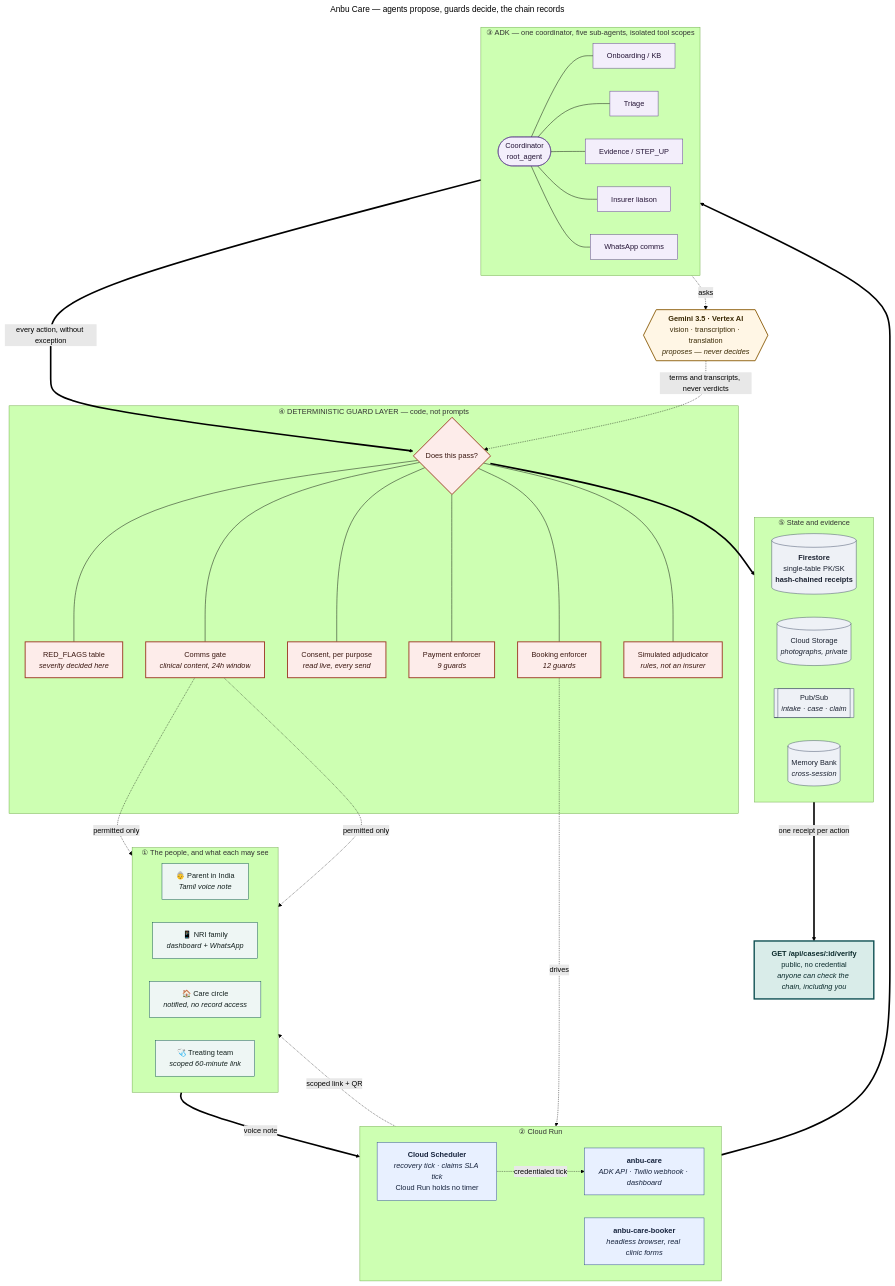
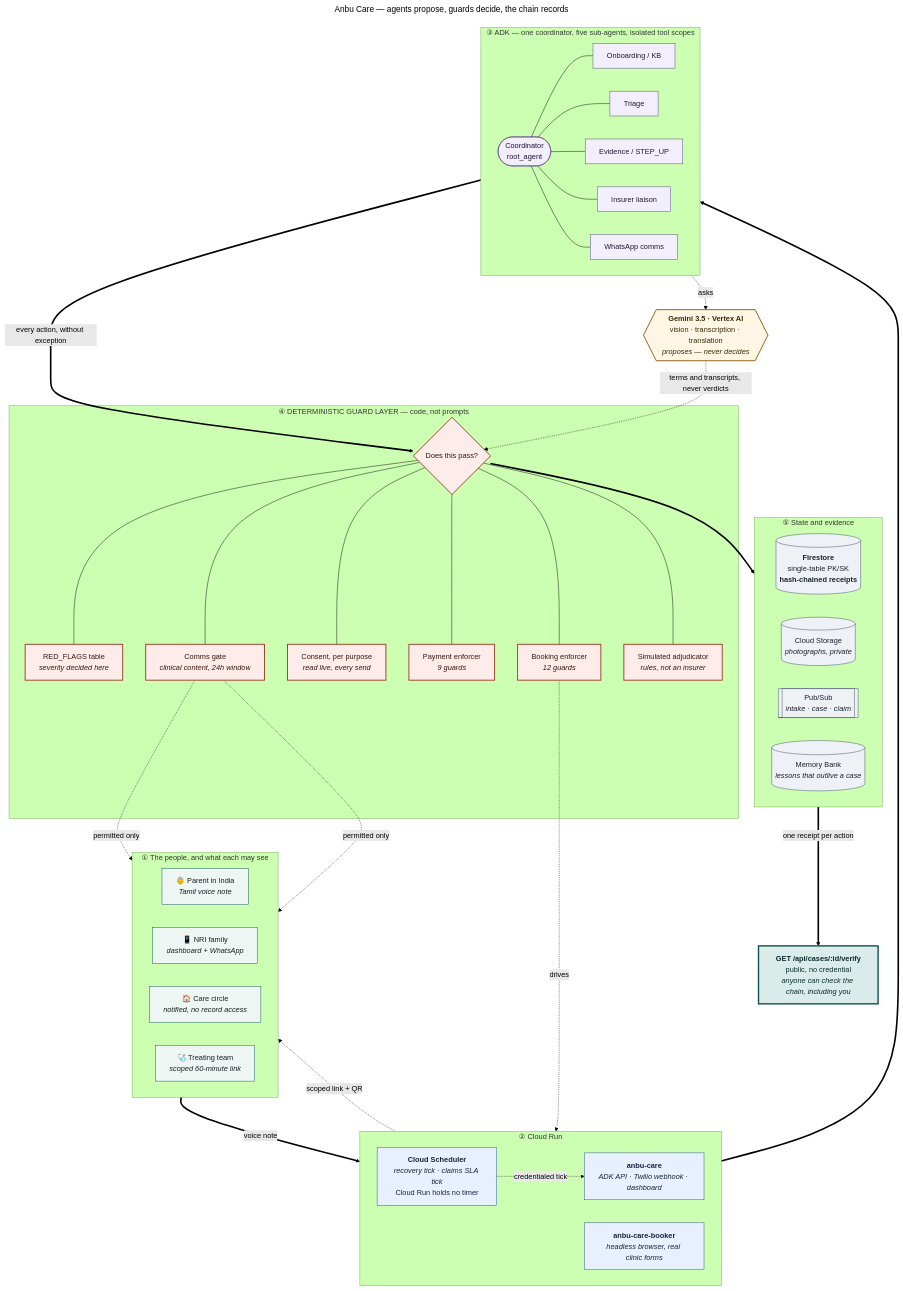
Before and after one commit to 4KInc/anbu-care: the diagram in docs/architecture.mmd, drawn with Mermaid (forest theme). The commit also changed 14 other files, not shown here.

```diff
--- a/docs/architecture.mmd
+++ b/docs/architecture.mmd
@@ -1,90 +1,90 @@
 ---
 title: Anbu Care — agents propose, guards decide, the chain records
 ---
 flowchart TB
 %% Source of truth for docs/architecture.svg and docs/architecture.png.
 %% Re-render both with:
 %%   npx -y @mermaid-js/mermaid-cli -i docs/architecture.mmd -o docs/architecture.svg -b white
 %%   npx -y @mermaid-js/mermaid-cli -i docs/architecture.mmd -o docs/architecture.png -b white --scale 2
 %% The GUARD band is drawn as its own layer on purpose, and the spine runs
 %% straight through it. Everything in that band is deterministic code the model
 %% cannot reach, argue with, or widen. That separation IS the architecture:
 %% a diagram that mixed the two would be describing a different system.
 
   subgraph L1["① The people, and what each may see"]
     direction LR
     MUM["👵 Parent in India<br/><i>Tamil voice note</i>"]
     SON["📱 NRI family<br/><i>dashboard + WhatsApp</i>"]
     MEENA["🏠 Care circle<br/><i>notified, no record access</i>"]
     DOC["🩺 Treating team<br/><i>scoped 60-minute link</i>"]
   end
 
   subgraph L2["② Cloud Run"]
     direction LR
     API["<b>anbu-care</b><br/><i>ADK API · Twilio webhook · dashboard</i>"]
     BOOKER["<b>anbu-care-booker</b><br/><i>headless browser, real clinic forms</i>"]
     SCHED["<b>Cloud Scheduler</b><br/><i>recovery tick · claims SLA tick</i><br/>Cloud Run holds no timer"]
   end
 
   subgraph L3["③ ADK — one coordinator, five sub-agents, isolated tool scopes"]
     direction LR
     ROOT(["Coordinator<br/>root_agent"])
     A1["Onboarding / KB"]
     A2["Triage"]
     A3["Evidence / STEP_UP"]
     A4["Insurer liaison"]
     A5["WhatsApp comms"]
     ROOT --- A1 & A2 & A3 & A4 & A5
   end
 
   GEM{{"<b>Gemini 3.5 · Vertex AI</b><br/>vision · transcription · translation<br/><i>proposes — never decides</i>"}}
 
   subgraph L4["④ DETERMINISTIC GUARD LAYER — code, not prompts"]
     GATE{"Does this pass?"}
     G1["RED_FLAGS table<br/><i>severity decided here</i>"]
     G2["Comms gate<br/><i>clinical content, 24h window</i>"]
     G3["Consent, per purpose<br/><i>read live, every send</i>"]
     G4["Payment enforcer<br/><i>9 guards</i>"]
     G5["Booking enforcer<br/><i>12 guards</i>"]
     G6["Simulated adjudicator<br/><i>rules, not an insurer</i>"]
   end
 
   subgraph L5["⑤ State and evidence"]
     direction LR
     FS[("<b>Firestore</b><br/>single-table PK/SK<br/><b>hash-chained receipts</b>")]
     GCS[("Cloud Storage<br/><i>photographs, private</i>")]
     PS[["Pub/Sub<br/><i>intake · case · claim</i>"]]
-    MB[("Memory Bank<br/><i>cross-session</i>")]
+    MB[("Memory Bank<br/><i>lessons that outlive a case</i>")]
   end
 
   VERIFY["<b>GET /api/cases/:id/verify</b><br/>public, no credential<br/><i>anyone can check the chain, including you</i>"]
 
   MUM ==>|"voice note"| API
   API ==> ROOT
   ROOT ==>|"every action, without exception"| GATE
   GATE ==> FS
   FS ==>|"one receipt per action"| VERIFY
 
   GATE --- G1 & G2 & G3 & G4 & G5 & G6
   ROOT -. "asks" .-> GEM
   GEM -. "terms and transcripts, never verdicts" .-> GATE
   SCHED -. "credentialed tick" .-> API
   G5 -. "drives" .-> BOOKER
   G2 -. "permitted only" .-> SON & MEENA
   API -. "scoped link + QR" .-> DOC
 
   classDef person fill:#eef6f4,stroke:#0e4f52,color:#14211f
   classDef guard fill:#fdecea,stroke:#9d3a26,stroke-width:2px,color:#3a1710
   classDef store fill:#eef1f6,stroke:#3d4a63,color:#1b2231
   classDef model fill:#fff6e5,stroke:#8c5e0c,stroke-width:2px,color:#3a2a05
   classDef run fill:#e8f0ff,stroke:#2b4a8a,color:#16233d
   classDef agent fill:#f3eefb,stroke:#5b3a8a,color:#241436
   classDef proof fill:#d9ece9,stroke:#0e4f52,stroke-width:3px,color:#0b2b2c
 
   class MUM,SON,MEENA,DOC person
   class G1,G2,G3,G4,G5,G6,GATE guard
   class FS,GCS,PS,MB store
   class GEM model
   class API,BOOKER,SCHED run
   class ROOT,A1,A2,A3,A4,A5 agent
   class VERIFY proof
```
